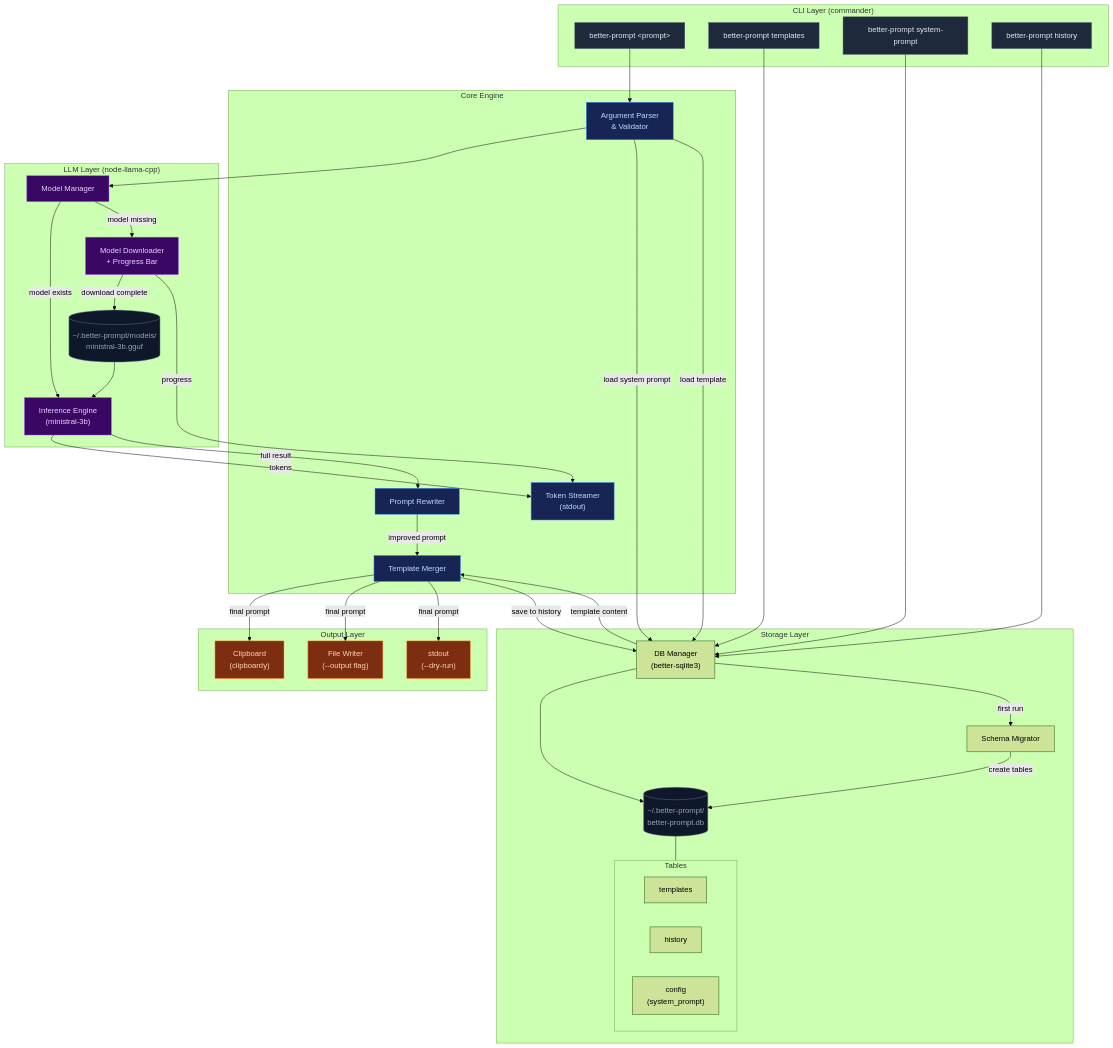
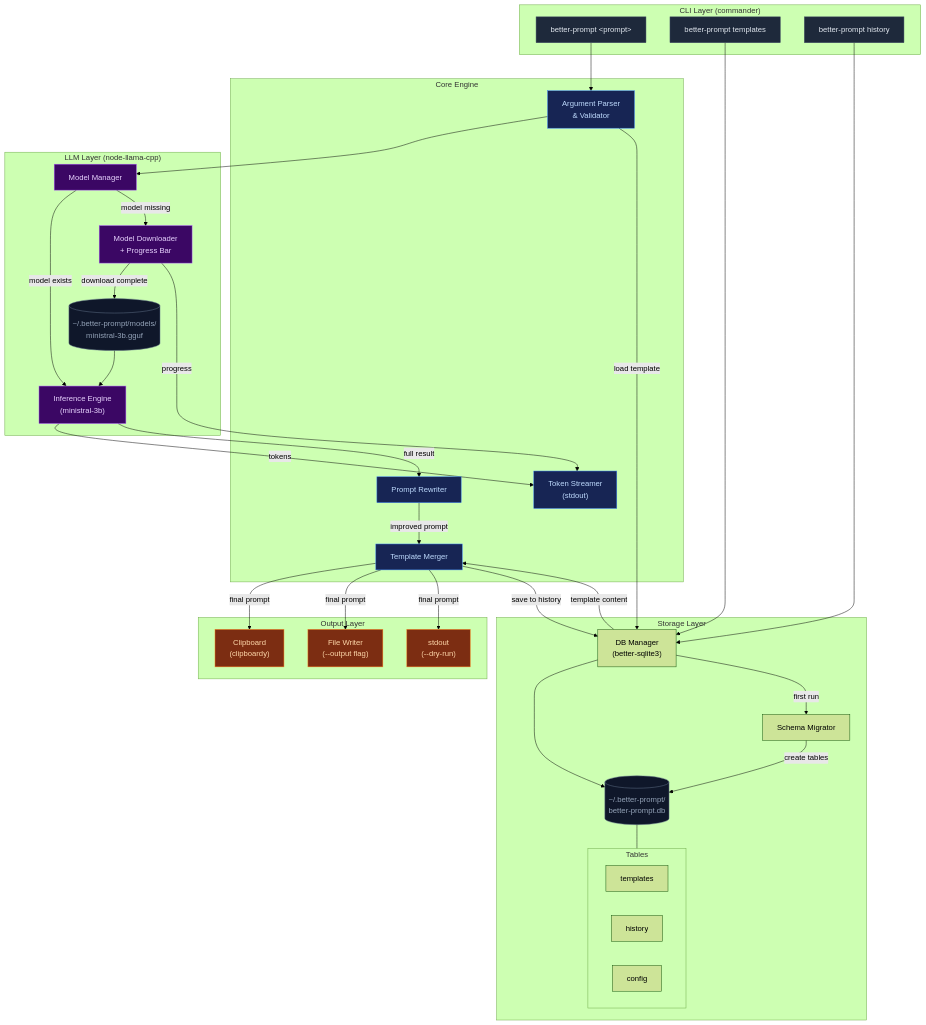
One commit to prefrontalsys/promptscout changed the diagram in docs/specification.md. Above: the diagram before and after it, drawn with Mermaid (forest theme). The commit also changed other lines of this file and 9 other files, not shown here.

First line of the commit message:
remove obsolete system-prompt feature

```diff
--- a/docs/specification.md
+++ b/docs/specification.md
@@ -265,7 +142,6 @@
     subgraph CLI["CLI Layer (commander)"]
         ENTRY["better-prompt &lt;prompt&gt;"]
         TPL_CMD["better-prompt templates"]
-        SP_CMD["better-prompt system-prompt"]
         HIST_CMD["better-prompt history"]
     end
 
@@ -291,7 +167,7 @@
         subgraph TABLES["Tables"]
             T_TPL["templates"]
             T_HIST["history"]
-            T_CFG["config<br/>(system_prompt)"]
+            T_CFG["config"]
         end
     end
 
@@ -304,7 +180,6 @@
     %% CLI → Core
     ENTRY --> PARSER
     TPL_CMD --> DB_MGR
-    SP_CMD --> DB_MGR
     HIST_CMD --> DB_MGR
 
     %% Core flow
@@ -315,7 +190,6 @@
     DOWNLOADER -->|progress| STREAMER
     MODEL_FILE --> INFERENCE
 
-    PARSER -->|load system prompt| DB_MGR
     PARSER -->|load template| DB_MGR
     DB_MGR --> DB_FILE
     DB_FILE --- TABLES
@@ -343,7 +217,7 @@
     classDef output fill:#7c2d12,stroke:#f97316,color:#fed7aa
     classDef datafile fill:#0f172a,stroke:#64748b,color:#94a3b8
 
-    class ENTRY,TPL_CMD,SP_CMD,HIST_CMD cli
+    class ENTRY,TPL_CMD,HIST_CMD cli
     class PARSER,REWRITER,MERGER,STREAMER core
     class MODEL_MGR,DOWNLOADER,INFERENCE llm
     class DB_MGR,MIGRATOR db
```
